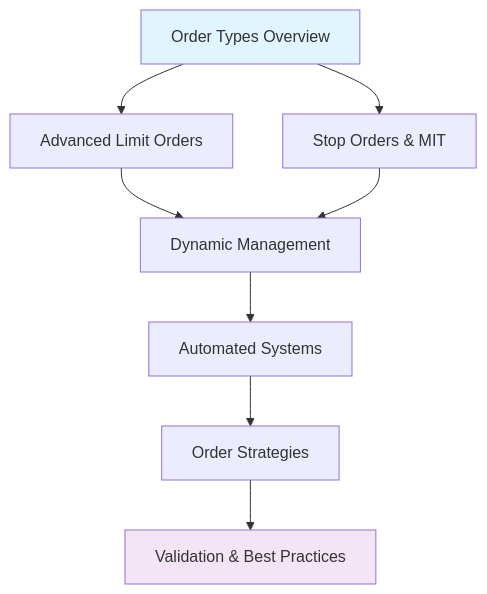
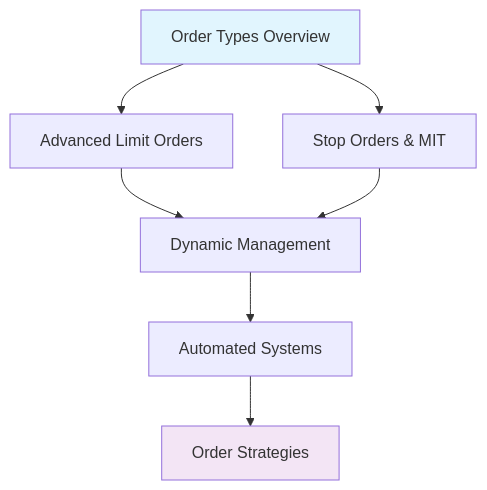
Before and after one commit to NimbleOx/fivetwenty: the diagram in docs/tutorials/advanced-orders/index.md, drawn with Mermaid. The commit also changed other lines of this file and 167 other files, not shown here.

````diff
--- a/docs/tutorials/advanced-orders/index.md
+++ b/docs/tutorials/advanced-orders/index.md
@@ -37,13 +35,12 @@
 ```mermaid
 graph TD
     A[Order Types Overview] --> B[Advanced Limit Orders]
     A --> C[Stop Orders & MIT]
     B --> D[Dynamic Management]
     C --> D
     D --> E[Automated Systems]
     E --> F[Order Strategies]
-    F --> G[Validation & Best Practices]
 
     style A fill:#e1f5fe
-    style G fill:#f3e5f5
+    style F fill:#f3e5f5
 ```
````
